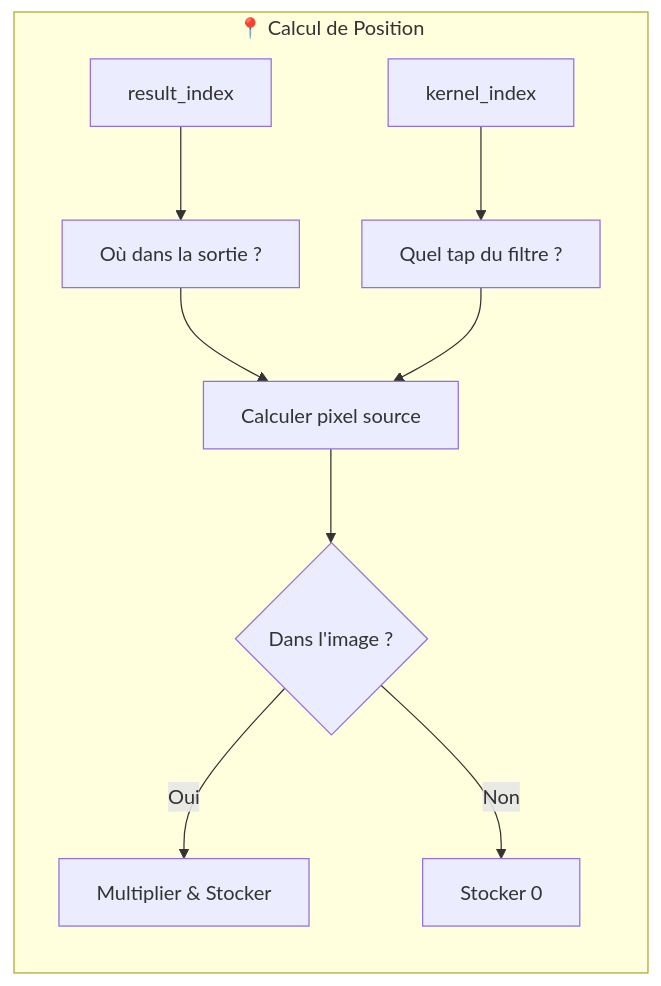
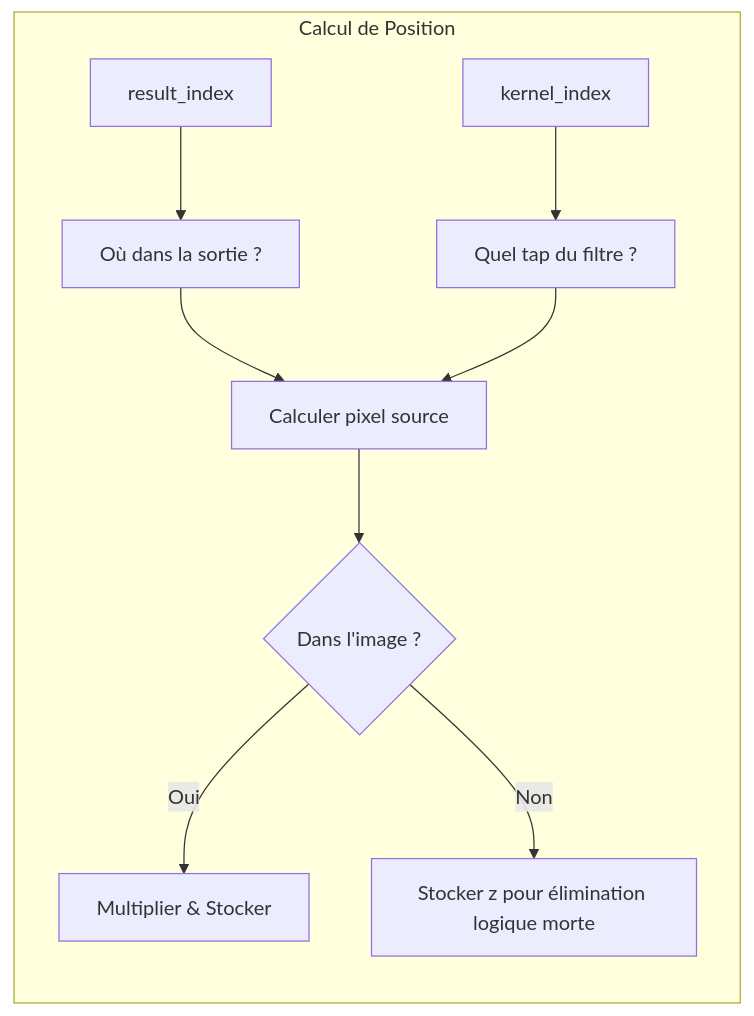
Before and after one commit to jalcim/logilib: the third of 14 diagrams in src/tensor/README_FR.md, drawn with Mermaid. The commit also changed other lines of this file and 1 other file, not shown here.

Commit message:
mermaid again

````diff
--- a/src/tensor/README_FR.md
+++ b/src/tensor/README_FR.md
@@ -46,13 +46,13 @@
 ```mermaid
 graph LR
-    subgraph "📍 Calcul de Position"
+    subgraph "Calcul de Position"
         A[result_index] --> B[Où dans la sortie ?]
         C[kernel_index] --> D[Quel tap du filtre ?]
         B --> E[Calculer pixel source]
         D --> E
         E --> F{Dans l'image ?}
         F -->|Oui| G[Multiplier & Stocker]
-        F -->|Non| H[Stocker 0]
+        F -->|Non| H[Stocker z pour élimination logique morte]
     end
 
 ```
````
